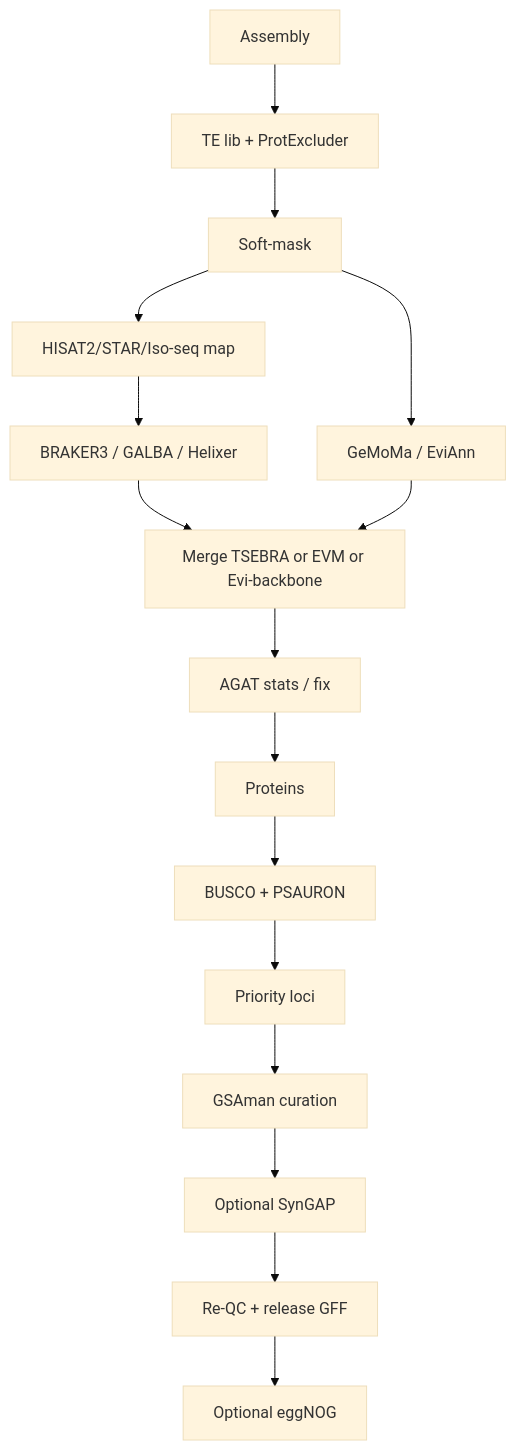
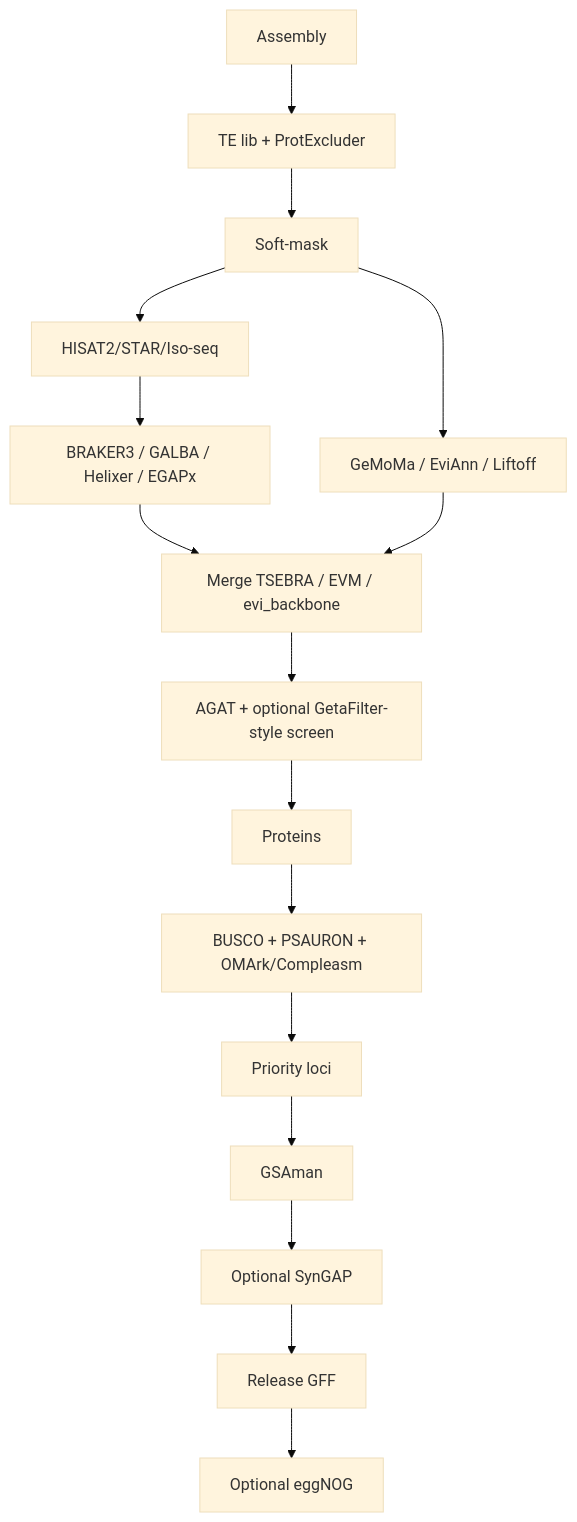
The diagram in docs/FULL_PIPELINE.md (Xuzhen-Li/vitis-gene-annotation), drawn with Mermaid (base theme) before and after one commit. The commit also changed other lines of this file and 10 other files, not shown here.

First line of the commit message:
Add Liftoff, EGAPx, OMArk/Compleasm, and GetaFilter peers

````diff
--- a/docs/FULL_PIPELINE.md
+++ b/docs/FULL_PIPELINE.md
@@ -7,18 +3,18 @@
 ```mermaid
 flowchart TD
   A[Assembly] --> B[TE lib + ProtExcluder]
   B --> C[Soft-mask]
-  C --> D[HISAT2/STAR/Iso-seq map]
-  D --> E1[BRAKER3 / GALBA / Helixer]
-  C --> E2[GeMoMa / EviAnn]
-  E1 --> F[Merge TSEBRA or EVM or Evi-backbone]
+  C --> D[HISAT2/STAR/Iso-seq]
+  D --> E1[BRAKER3 / GALBA / Helixer / EGAPx]
+  C --> E2[GeMoMa / EviAnn / Liftoff]
+  E1 --> F[Merge TSEBRA / EVM / evi_backbone]
   E2 --> F
-  F --> G[AGAT stats / fix]
+  F --> G[AGAT + optional GetaFilter-style screen]
   G --> H[Proteins]
-  H --> I[BUSCO + PSAURON]
+  H --> I[BUSCO + PSAURON + OMArk/Compleasm]
   I --> J[Priority loci]
-  J --> K[GSAman curation]
+  J --> K[GSAman]
   K --> L[Optional SynGAP]
-  L --> M[Re-QC + release GFF]
+  L --> M[Release GFF]
   M --> N[Optional eggNOG]
 ```
````
